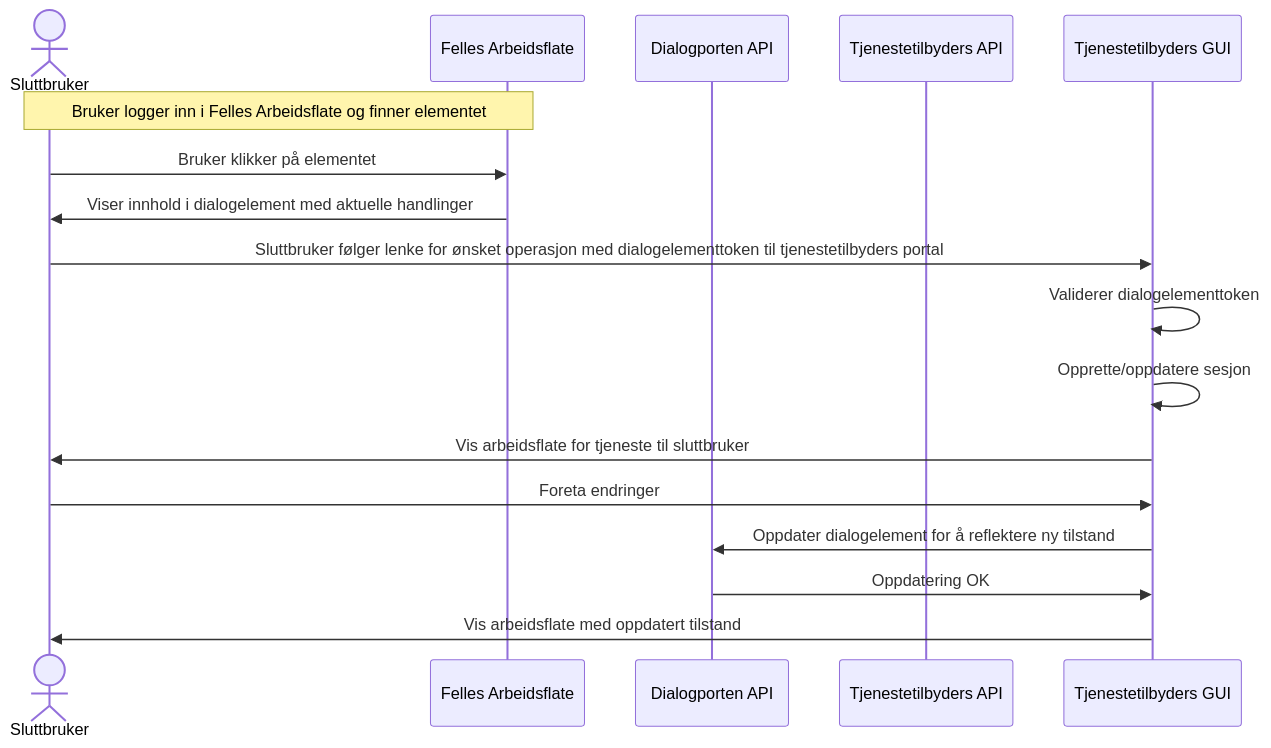
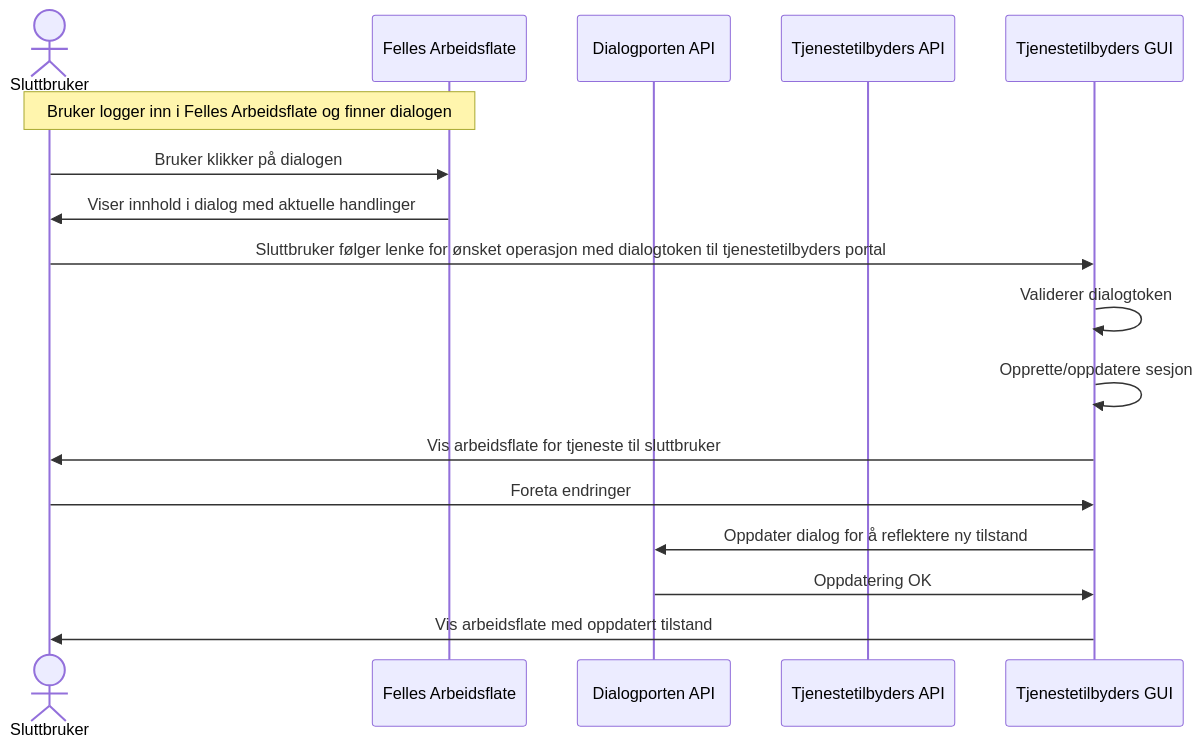
Before and after one commit to elsand/elsand.github.io: the second of 6 diagrams in dialogporten.md, drawn with Mermaid. The commit also changed other lines of this file and 7 other files, not shown here.

````diff
--- a/dialogporten.md
+++ b/dialogporten.md
@@ -327,19 +327,19 @@
 ```mermaid!
 sequenceDiagram
     actor SB as Sluttbruker
     participant GUI as Felles Arbeidsflate
     participant API as Dialogporten API
     participant TEAPI as Tjenestetilbyders API
     participant TEGUI as Tjenestetilbyders GUI
-note over SB,GUI: Bruker logger inn i Felles Arbeidsflate og finner elementet
-SB->>GUI: Bruker klikker på elementet
-GUI->>SB: Viser innhold i dialogelement med aktuelle handlinger
-SB->>TEGUI: Sluttbruker følger lenke for ønsket operasjon med dialogelementtoken til tjenestetilbyders portal
-    TEGUI->>TEGUI: Validerer dialogelementtoken
+note over SB,GUI: Bruker logger inn i Felles Arbeidsflate og finner dialogen
+SB->>GUI: Bruker klikker på dialogen
+GUI->>SB: Viser innhold i dialog med aktuelle handlinger
+SB->>TEGUI: Sluttbruker følger lenke for ønsket operasjon med dialogtoken til tjenestetilbyders portal
+    TEGUI->>TEGUI: Validerer dialogtoken
 TEGUI->>TEGUI: Opprette/oppdatere sesjon
 TEGUI->>SB: Vis arbeidsflate for tjeneste til sluttbruker
 SB->>TEGUI: Foreta endringer
-TEGUI->>API: Oppdater dialogelement for å reflektere ny tilstand
+TEGUI->>API: Oppdater dialog for å reflektere ny tilstand
 API->>TEGUI: Oppdatering OK
 TEGUI->>SB: Vis arbeidsflate med oppdatert tilstand
 ```
````
